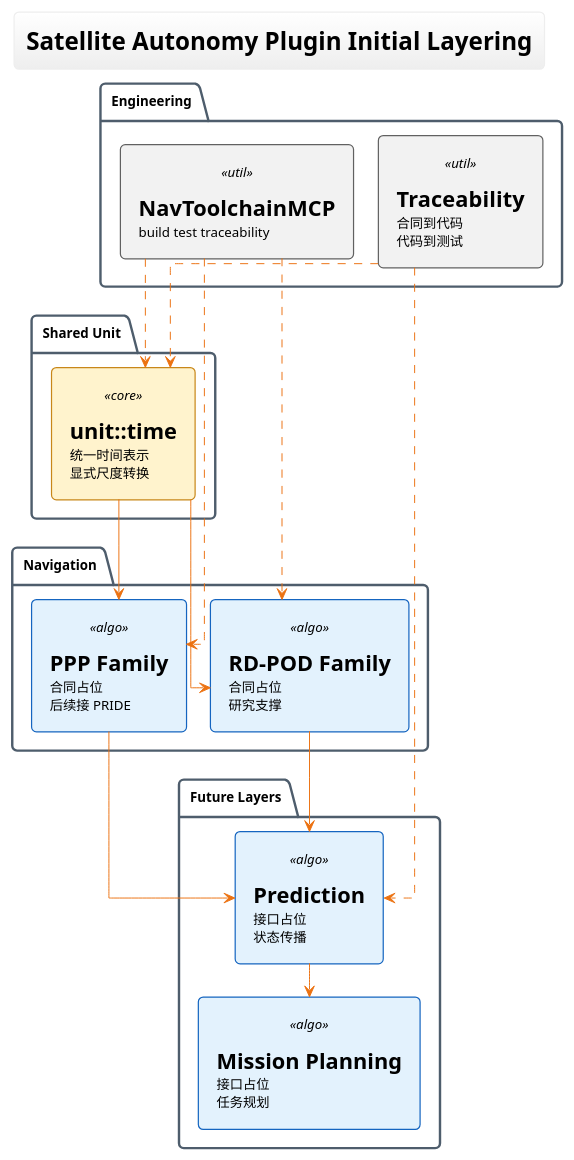
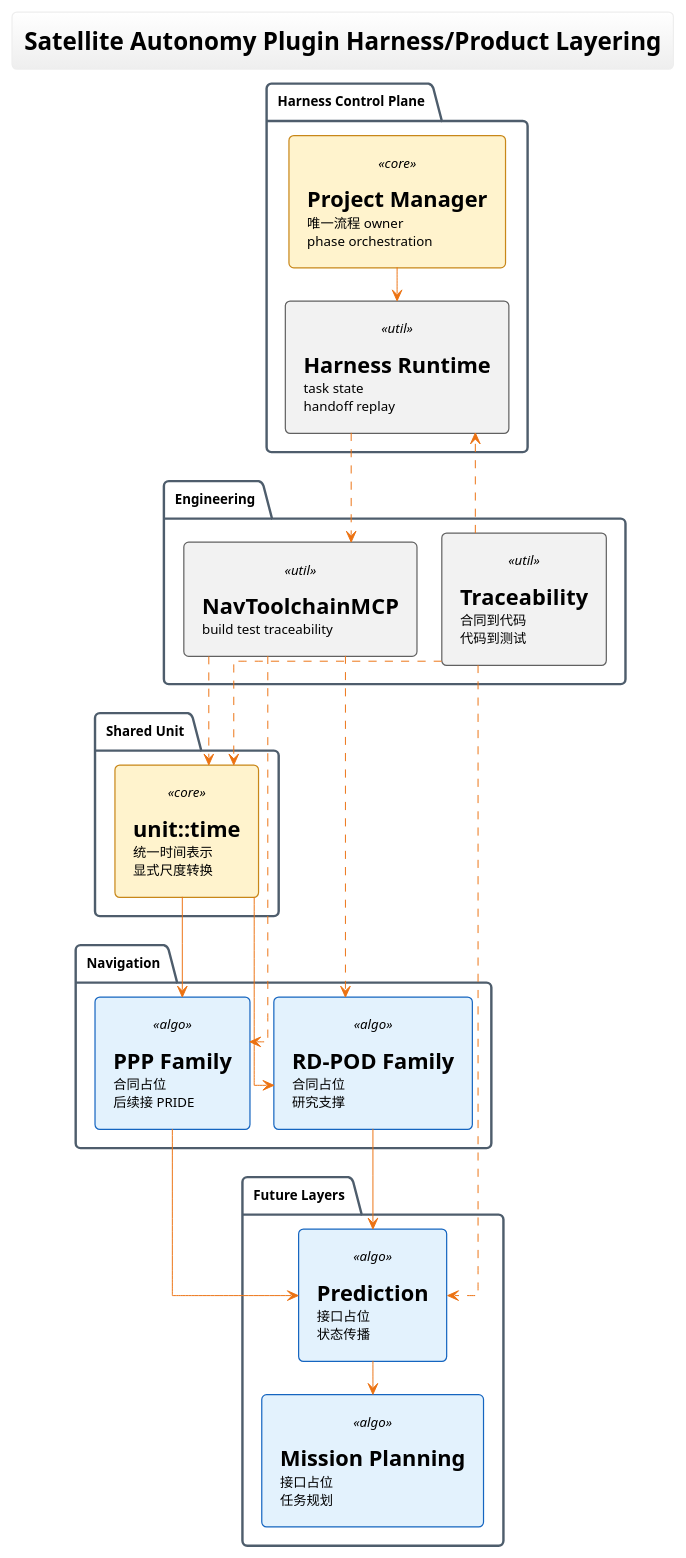
The diagram in docs/architecture/system_layers.puml (HotDryNoodle/statellite-autonomy), drawn with PlantUML before and after one commit. The commit also changed 47 other files, not shown here.

First line of the commit message:
refactor(harness-product): 冻结 harness/product 双树结构并对齐工具链路径

```diff
--- a/docs/architecture/system_layers.puml
+++ b/docs/architecture/system_layers.puml
@@ -1,61 +1,69 @@
 @startuml architecture
 !theme aws-orange
 
 skinparam componentStyle rectangle
 skinparam defaultFontSize 11
 skinparam defaultFontColor #000000
 skinparam componentFontColor #000000
 skinparam linetype ortho
 skinparam ArrowThickness 0.8
 skinparam LineThickness 0.8
 skinparam ranksep 28
 skinparam nodesep 20
 skinparam shadowing false
 skinparam DefaultTextAlignment left
 
 skinparam note {
   BackgroundColor #FFFFFF
   BorderColor #BBBBBB
   FontColor #444444
 }
 
 skinparam componentBackgroundColor<<core>> #FFF3CD
 skinparam componentBorderColor<<core>>     #C88719
 skinparam componentBackgroundColor<<algo>> #E3F2FD
 skinparam componentBorderColor<<algo>>     #1565C0
 skinparam componentBackgroundColor<<util>> #F2F2F2
 skinparam componentBorderColor<<util>>     #616161
 
 top to bottom direction
-title Satellite Autonomy Plugin Initial Layering
+title Satellite Autonomy Plugin Harness/Product Layering
+
+package "Harness Control Plane" {
+  component "==<size:14><b>Project Manager</b></size>\n唯一流程 owner\nphase orchestration" <<core>> as PM
+  component "==<size:14><b>Harness Runtime</b></size>\ntask state\nhandoff replay" <<util>> as Harness
+}
 
 package "Shared Unit" {
   component "==<size:14><b>unit::time</b></size>\n统一时间表示\n显式尺度转换" <<core>> as Time
 }
 
 package "Navigation" {
   component "==<size:14><b>PPP Family</b></size>\n合同占位\n后续接 PRIDE" <<algo>> as PPP
   component "==<size:14><b>RD-POD Family</b></size>\n合同占位\n研究支撑" <<algo>> as RDPOD
 }
 
 package "Future Layers" {
   component "==<size:14><b>Prediction</b></size>\n接口占位\n状态传播" <<algo>> as Prediction
   component "==<size:14><b>Mission Planning</b></size>\n接口占位\n任务规划" <<algo>> as Planning
 }
 
 package "Engineering" {
   component "==<size:14><b>NavToolchainMCP</b></size>\nbuild test traceability" <<util>> as MCP
   component "==<size:14><b>Traceability</b></size>\n合同到代码\n代码到测试" <<util>> as Trace
 }
 
+PM --> Harness
+Harness ..> MCP
 Time --> PPP
 Time --> RDPOD
 PPP --> Prediction
 RDPOD --> Prediction
 Prediction --> Planning
 MCP ..> Time
 MCP ..> PPP
 MCP ..> RDPOD
 Trace ..> Time
 Trace ..> Prediction
+Trace ..> Harness
 @enduml
```
